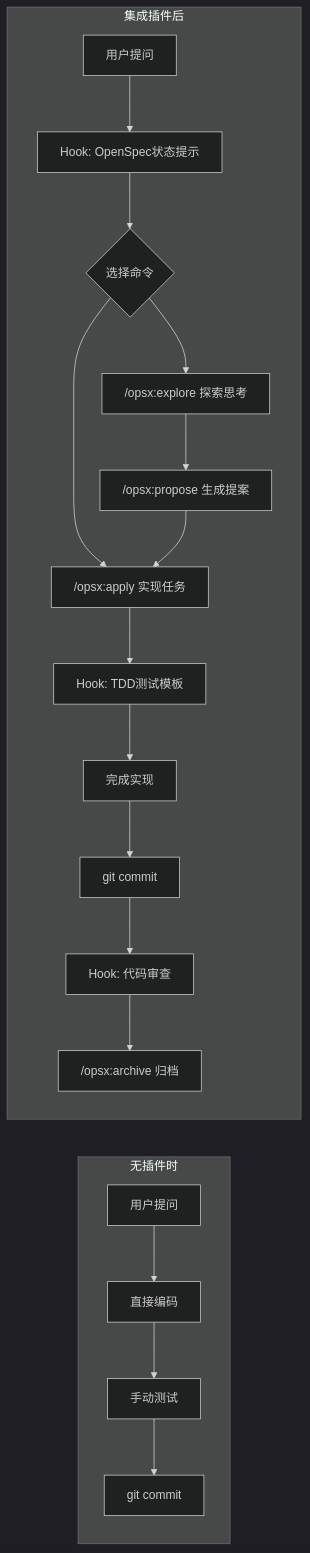
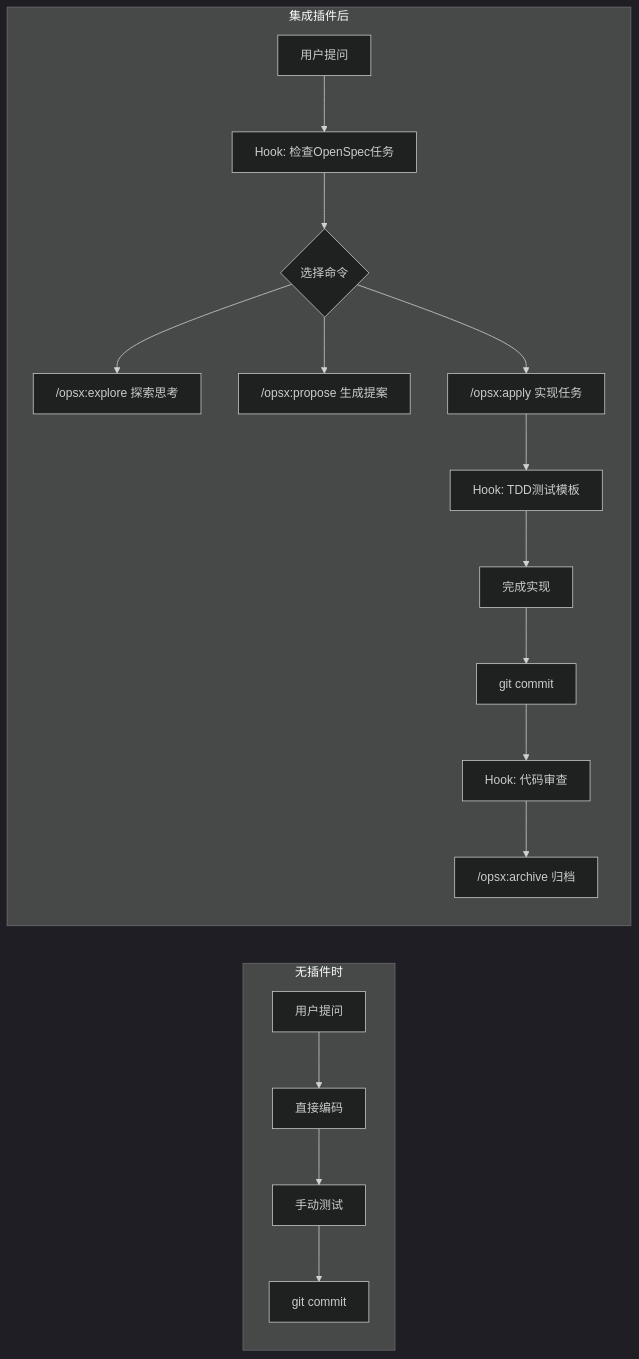
The diagram in README.md (fisher-89/agent-plugins), drawn with Mermaid (dark theme) before and after one commit. The commit also changed 2 other files, not shown here.

Commit message:
feat: auto-commit and exit worktree after opsx:apply completes
When all tasks in an OpenSpec change are done, automatically commit
changes and exit the git worktree (keeping it for later review).

````diff
--- a/README.md
+++ b/README.md
@@ -7,22 +7,21 @@
 ```mermaid
 flowchart LR
     subgraph 无插件时
         A1[用户提问] --> A2[直接编码]
         A2 --> A3[手动测试]
         A3 --> A4[git commit]
     end 
 
     subgraph 集成插件后
-        B1[用户提问] --> B2[Hook: OpenSpec状态提示]
+        B1[用户提问] --> B2[Hook: 检查OpenSpec任务]
         B2 --> B3{选择命令}
         B3 --> B4["/"opsx:explore 探索思考]
-        B4 --> B5["/"opsx:propose 生成提案]
+        B3 --> B5["/"opsx:propose 生成提案]
         B3 --> B6["/"opsx:apply 实现任务]
-        B5 --> B6
         B6 --> B7[Hook: TDD测试模板]
         B7 --> B8[完成实现]
         B8 --> B9[git commit]
         B9 --> B10[Hook: 代码审查]
         B10 --> B11["/"opsx:archive 归档]
     end
 ```
````
